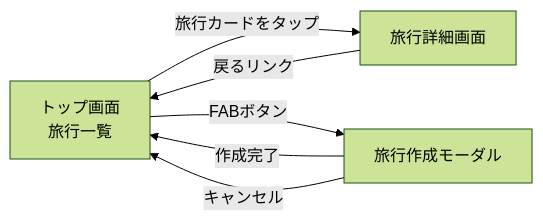
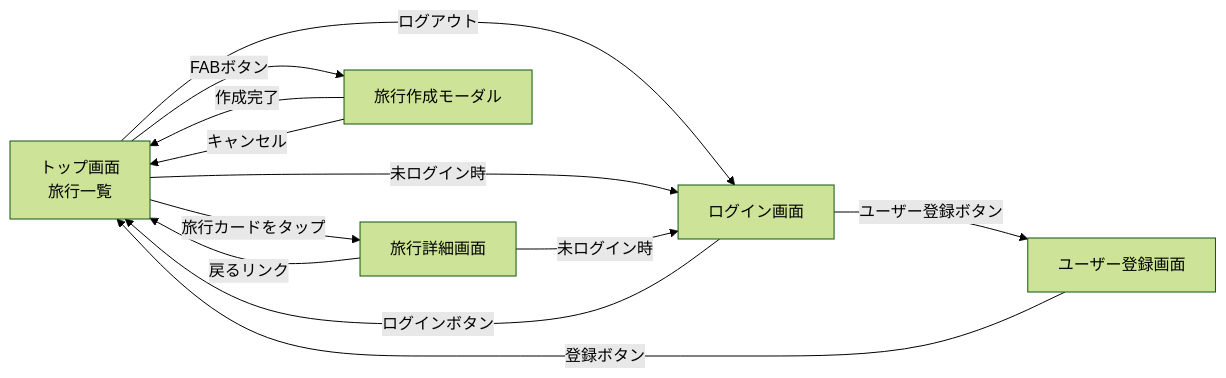
One commit to kiskm/tabi-note-deploy changed the diagram in docs/screen-design.md. Above: the diagram before and after it, drawn with Mermaid (forest theme). The commit also changed other lines of this file and 2 other files, not shown here.

````diff
--- a/docs/screen-design.md
+++ b/docs/screen-design.md
@@ -12,8 +14,15 @@
 ```mermaid
 graph LR
     A[トップ画面\n旅行一覧] -->|旅行カードをタップ| B[旅行詳細画面]
     B -->|戻るリンク| A
     A -->|FABボタン| C[旅行作成モーダル]
     C -->|作成完了| A
     C -->|キャンセル| A
+    D[ログイン画面] --> |ユーザー登録ボタン| E[ユーザー登録画面]
+    D[ログイン画面] --> |ログインボタン| A
+    E --> |登録ボタン| A
+    A --> |ログアウト| D
+    A -->|未ログイン時| D
+    B -->|未ログイン時| D
+
 ```
````
